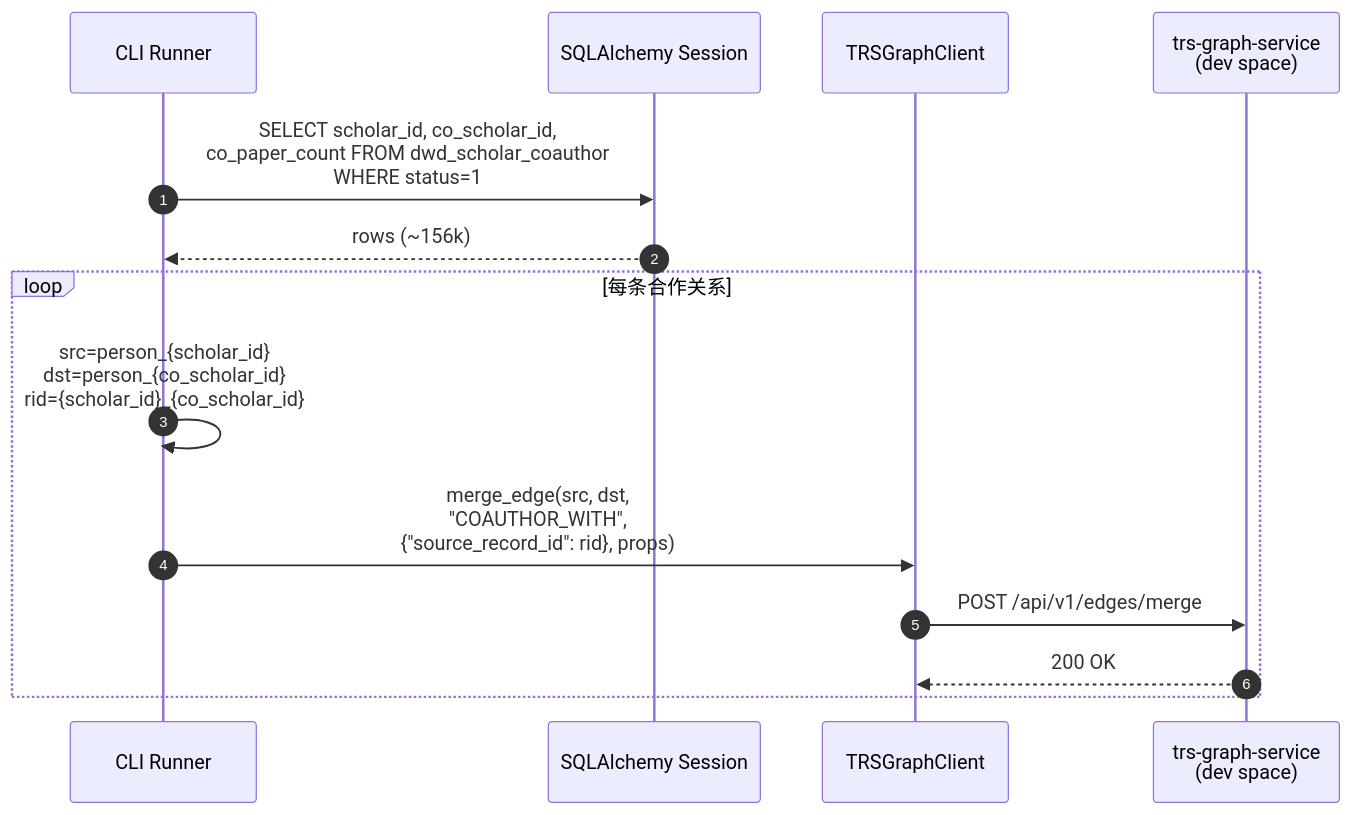
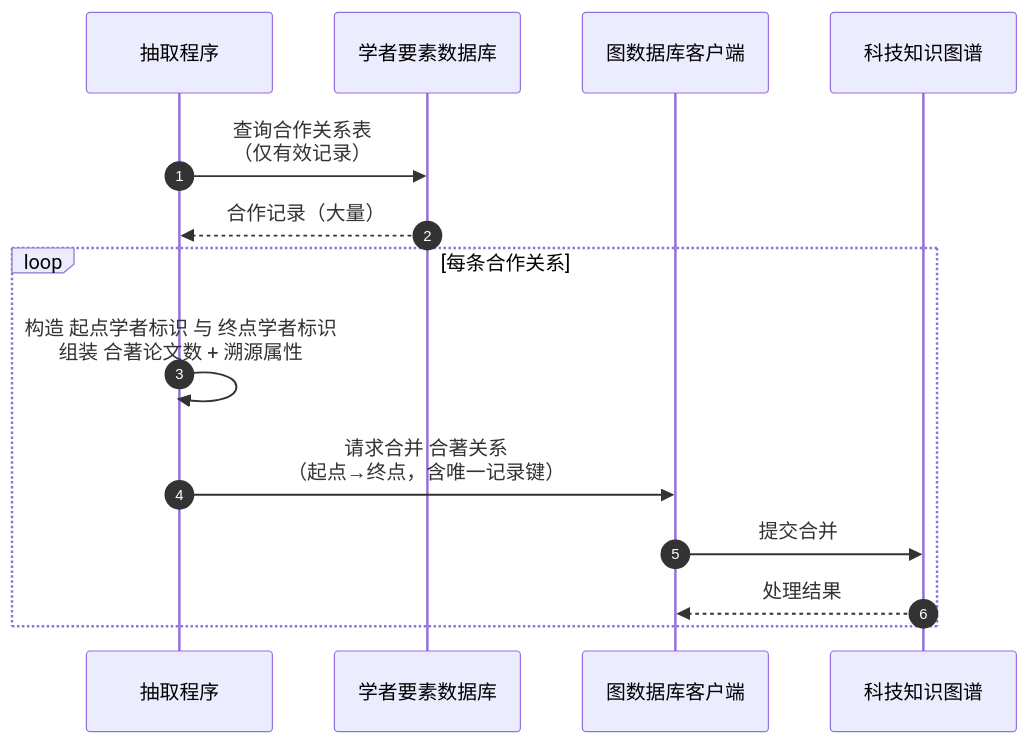
One commit to Marisolebxf/tech-kg-api changed the fourth of 4 diagrams in backend/docs/scholar_mapping.md. Above: the diagram before and after it, drawn with Mermaid. The commit also changed other lines of this file and 1 other file, not shown here.

First line of the commit message:
feat(scholar): optional cross-domain AUTHORED_BY fallback

````diff
--- a/backend/docs/scholar_mapping.md
+++ b/backend/docs/scholar_mapping.md
@@ -291,18 +336,18 @@
 ```mermaid
 sequenceDiagram
     autonumber
-    participant Runner as CLI Runner
-    participant SQLA as SQLAlchemy Session
-    participant Client as TRSGraphClient
-    participant Svc as trs-graph-service<br/>(dev space)
+    participant Runner as 抽取程序
+    participant DB as 学者要素数据库
+    participant Client as 图数据库客户端
+    participant Graph as 科技知识图谱
 
-    Runner->>SQLA: SELECT scholar_id, co_scholar_id,<br/>co_paper_count FROM dwd_scholar_coauthor<br/>WHERE status=1
-    SQLA-->>Runner: rows (~156k)
+    Runner->>DB: 查询合作关系表<br/>（仅有效记录）
+    DB-->>Runner: 合作记录（大量）
 
     loop 每条合作关系
-        Runner->>Runner: src=person_{scholar_id}<br/>dst=person_{co_scholar_id}<br/>rid={scholar_id}_{co_scholar_id}
-        Runner->>Client: merge_edge(src, dst,<br/>"COAUTHOR_WITH",<br/>{"source_record_id": rid}, props)
-        Client->>Svc: POST /api/v1/edges/merge
-        Svc-->>Client: 200 OK
+        Runner->>Runner: 构造 起点学者标识 与 终点学者标识<br/>组装 合著论文数 + 溯源属性
+        Runner->>Client: 请求合并 合著关系<br/>（起点→终点，含唯一记录键）
+        Client->>Graph: 提交合并
+        Graph-->>Client: 处理结果
     end
 ```
````
